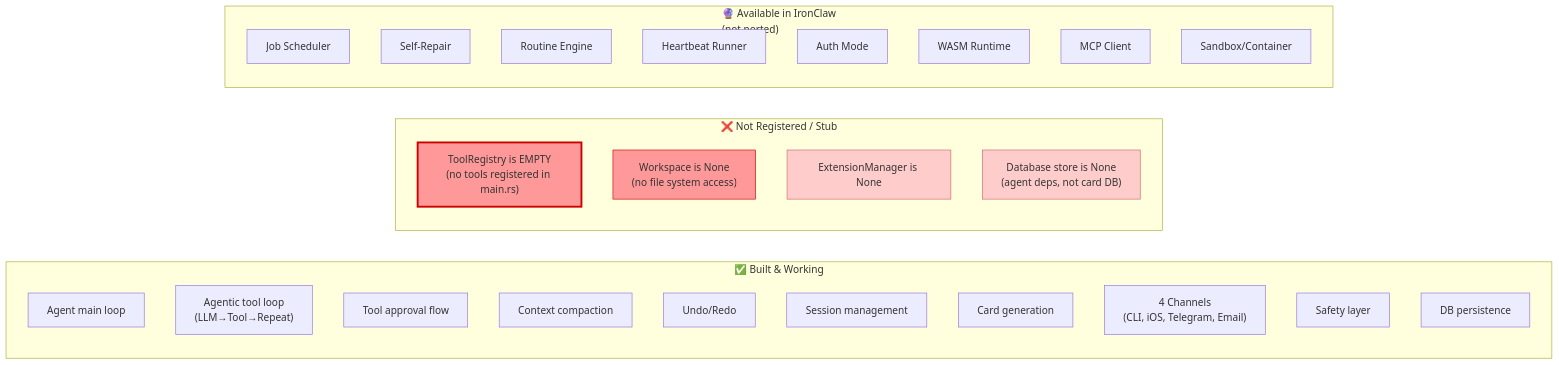
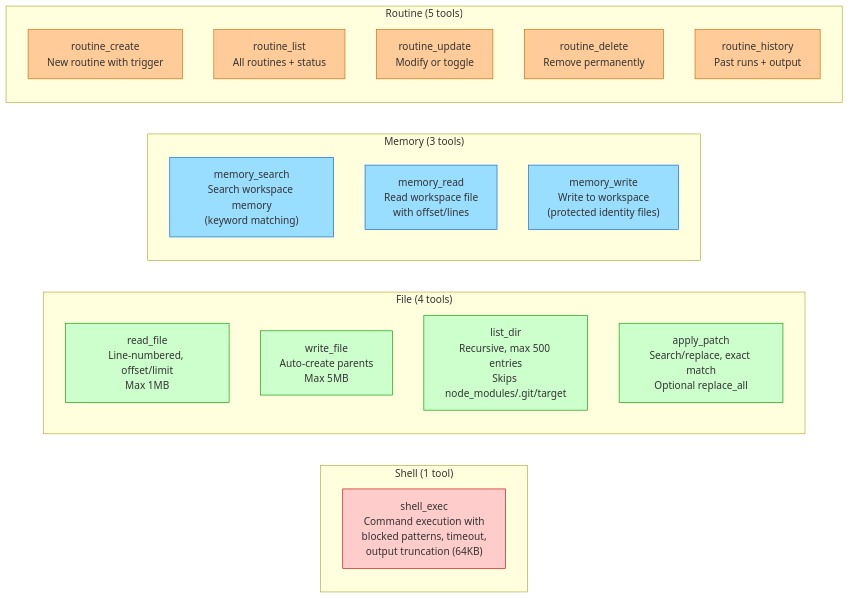
One commit to ith-harvey/ai-assist changed diagram 14 of 14 in docs/agent-loop-architecture.md. Above: the diagram before and after it, drawn with Mermaid. The commit also changed other lines of this file and 1 other file, not shown here.

First line of the commit message:
docs: comprehensive README and architecture update

````diff
--- a/docs/agent-loop-architecture.md
+++ b/docs/agent-loop-architecture.md
@@ -528,38 +852,41 @@
 ```mermaid
 graph LR
-    subgraph "✅ Built & Working"
-        A1["Agent main loop"]
-        A2["Agentic tool loop<br/>(LLM→Tool→Repeat)"]
-        A3["Tool approval flow"]
-        A4["Context compaction"]
-        A5["Undo/Redo"]
-        A6["Session management"]
-        A7["Card generation"]
-        A8["4 Channels<br/>(CLI, iOS, Telegram, Email)"]
-        A9["Safety layer"]
-        A10["DB persistence"]
+    subgraph "Shell (1 tool)"
+        SHELL["shell_exec<br/>Command execution with<br/>blocked patterns, timeout,<br/>output truncation (64KB)"]
     end
 
-    subgraph "❌ Not Registered / Stub"
-        B1["ToolRegistry is EMPTY<br/>(no tools registered in main.rs)"]
-        B2["Workspace is None<br/>(no file system access)"]
-        B3["ExtensionManager is None"]
-        B4["Database store is None<br/>(agent deps, not card DB)"]
+    subgraph "File (4 tools)"
+        READ["read_file<br/>Line-numbered, offset/limit<br/>Max 1MB"]
+        WRITE["write_file<br/>Auto-create parents<br/>Max 5MB"]
+        LIST["list_dir<br/>Recursive, max 500 entries<br/>Skips node_modules/.git/target"]
+        PATCH["apply_patch<br/>Search/replace, exact match<br/>Optional replace_all"]
     end
 
-    subgraph "🔮 Available in IronClaw<br/>(not ported)"
-        C1["Job Scheduler"]
-        C2["Self-Repair"]
-        C3["Routine Engine"]
-        C4["Heartbeat Runner"]
-        C5["Auth Mode"]
-        C6["WASM Runtime"]
-        C7["MCP Client"]
-        C8["Sandbox/Container"]
+    subgraph "Memory (3 tools)"
+        MSEARCH["memory_search<br/>Search workspace memory<br/>(keyword matching)"]
+        MREAD["memory_read<br/>Read workspace file<br/>with offset/lines"]
+        MWRITE["memory_write<br/>Write to workspace<br/>(protected identity files)"]
     end
 
-    style B1 fill:#ff9999,stroke:#cc0000,stroke-width:3px
-    style B2 fill:#ff9999,stroke:#cc0000
-    style B3 fill:#ffcccc,stroke:#cc6666
-    style B4 fill:#ffcccc,stroke:#cc6666
+    subgraph "Routine (5 tools)"
+        RCREATE["routine_create<br/>New routine with trigger"]
+        RLIST["routine_list<br/>All routines + status"]
+        RUPDATE["routine_update<br/>Modify or toggle"]
+        RDELETE["routine_delete<br/>Remove permanently"]
+        RHISTORY["routine_history<br/>Past runs + output"]
+    end
+
+    style SHELL fill:#ffcccc,stroke:#cc0000
+    style READ fill:#ccffcc,stroke:#009900
+    style WRITE fill:#ccffcc,stroke:#009900
+    style LIST fill:#ccffcc,stroke:#009900
+    style PATCH fill:#ccffcc,stroke:#009900
+    style MSEARCH fill:#99ddff,stroke:#0066cc
+    style MREAD fill:#99ddff,stroke:#0066cc
+    style MWRITE fill:#99ddff,stroke:#0066cc
+    style RCREATE fill:#ffcc99,stroke:#cc6600
+    style RLIST fill:#ffcc99,stroke:#cc6600
+    style RUPDATE fill:#ffcc99,stroke:#cc6600
+    style RDELETE fill:#ffcc99,stroke:#cc6600
+    style RHISTORY fill:#ffcc99,stroke:#cc6600
 ```
````
